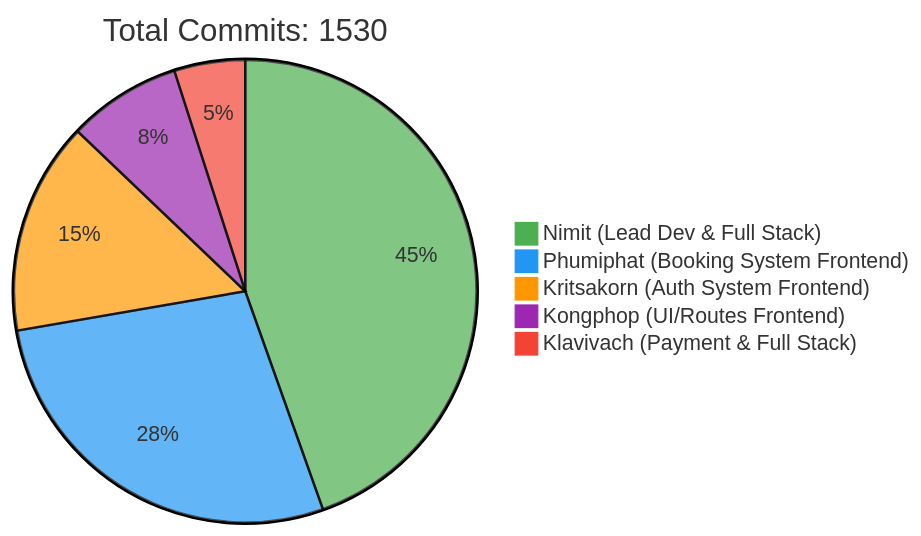
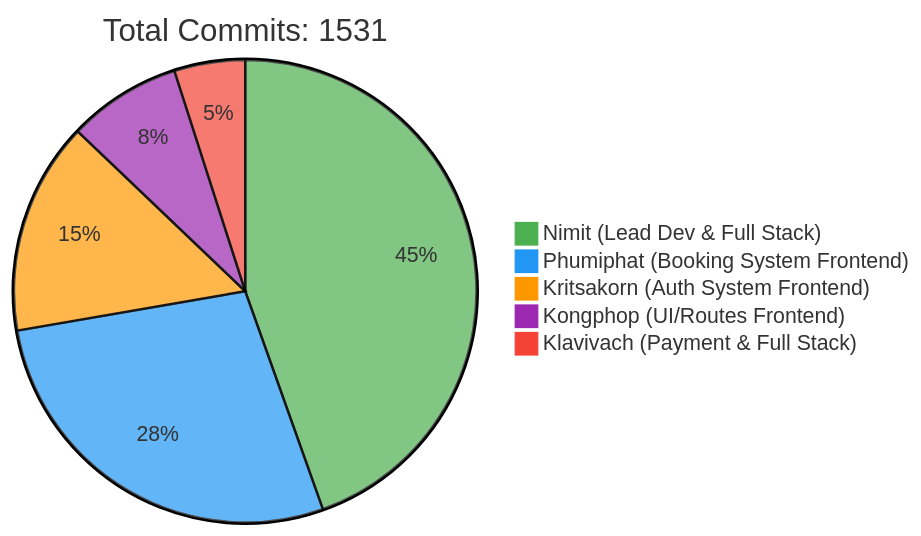
The first of 2 diagrams in README.md (6531503042/Sport-Complex), drawn with Mermaid before and after one commit. The commit also changed other lines of this file, not shown here.

Commit message:
docs: Update contributor statistics [skip ci]

````diff
--- a/README.md
+++ b/README.md
@@ -257,10 +257,10 @@
 ```mermaid
 %%{init: {'theme': 'base', 'themeVariables': { 'pie1': '#4CAF50', 'pie2': '#2196F3', 'pie3': '#FF9800', 'pie4': '#9C27B0', 'pie5': '#F44336'}}}%%
 pie
-    title Total Commits: 1530
+    title Total Commits: 1531
     "Nimit (Lead Dev & Full Stack)" : 450
     "Phumiphat (Booking System Frontend)" : 280
     "Kritsakorn (Auth System Frontend)" : 150
     "Kongphop (UI/Routes Frontend)" : 80
     "Klavivach (Payment & Full Stack)" : 50
 ```
````
